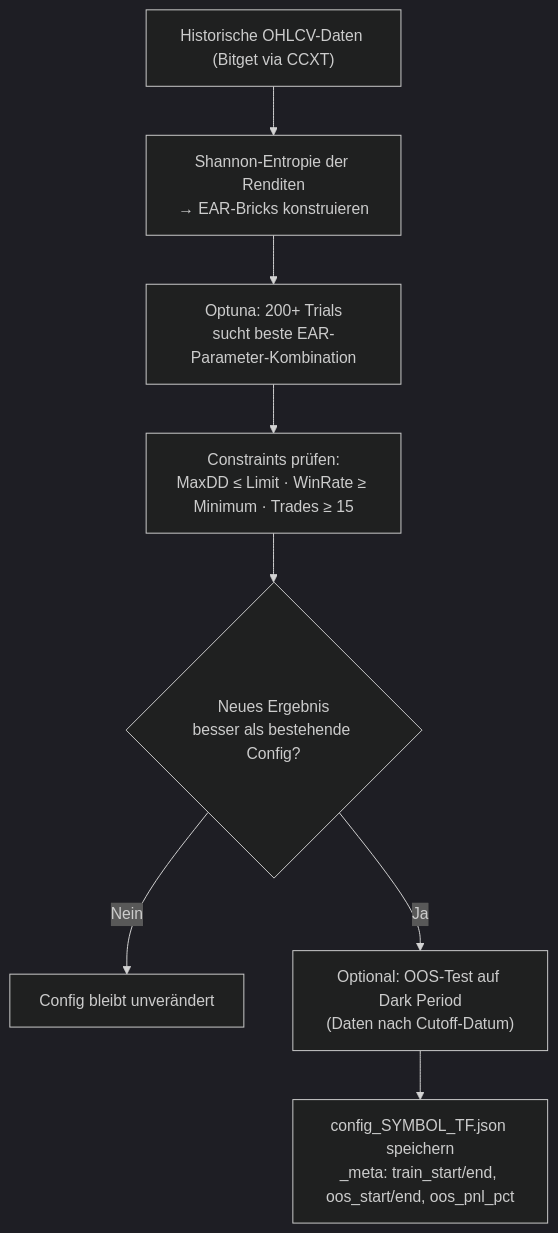
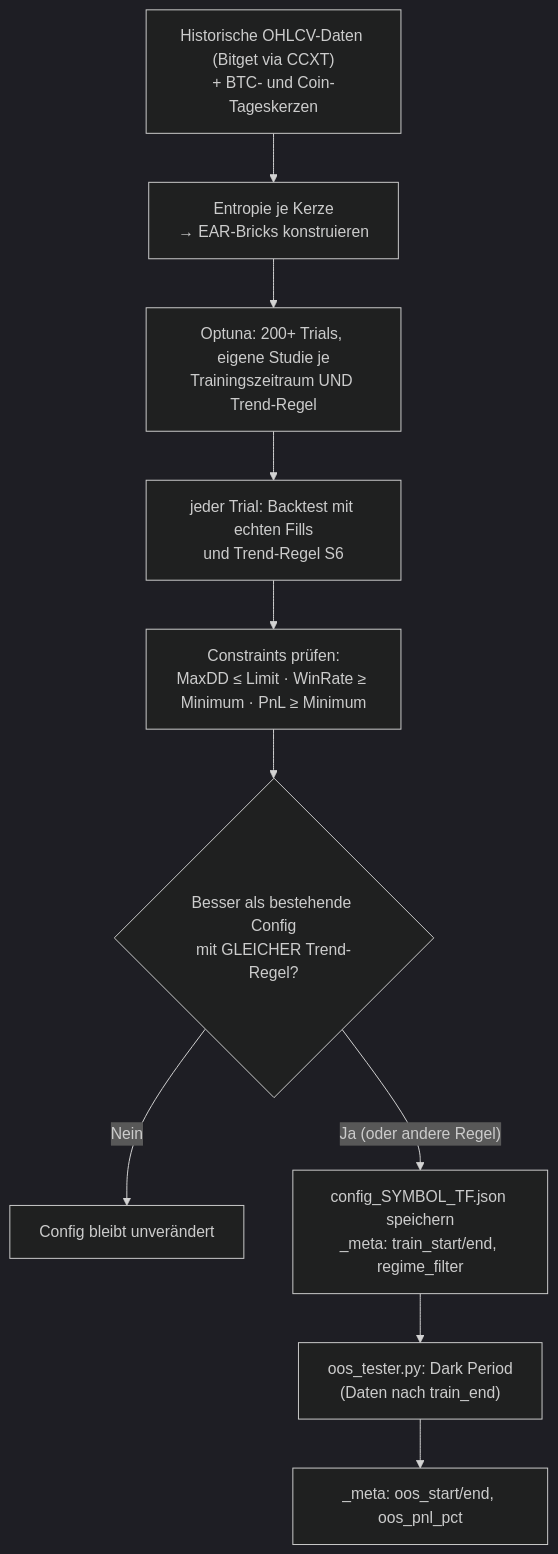
Before and after one commit to Youra82/zerobot: the fourth of 8 diagrams in README.md, drawn with Mermaid (dark theme). The commit also changed other lines of this file and 4 other files, not shown here.

First line of the commit message:
README komplett aktualisiert: Trend-Regel S6, echte Live-Logik, neue Grafiken

````diff
--- a/README.md
+++ b/README.md
@@ -220,10 +284,12 @@
 ```mermaid
 flowchart TD
-    A["Historische OHLCV-Daten (Bitget via CCXT)"] --> B["Shannon-Entropie der Renditen<br/>→ EAR-Bricks konstruieren"]
-    B --> C["Optuna: 200+ Trials<br/>sucht beste EAR-Parameter-Kombination"]
-    C --> D["Constraints prüfen:<br/>MaxDD ≤ Limit · WinRate ≥ Minimum · Trades ≥ 15"]
-    D --> E{"Neues Ergebnis<br/>besser als bestehende Config?"}
+    A["Historische OHLCV-Daten (Bitget via CCXT)<br/>+ BTC- und Coin-Tageskerzen"] --> B["Entropie je Kerze<br/>→ EAR-Bricks konstruieren"]
+    B --> C["Optuna: 200+ Trials, eigene Studie je<br/>Trainingszeitraum UND Trend-Regel"]
+    C --> R["jeder Trial: Backtest mit echten Fills<br/>und Trend-Regel S6"]
+    R --> D["Constraints prüfen:<br/>MaxDD ≤ Limit · WinRate ≥ Minimum · PnL ≥ Minimum"]
+    D --> E{"Besser als bestehende Config<br/>mit GLEICHER Trend-Regel?"}
     E -- Nein --> F["Config bleibt unverändert"]
-    E -- Ja --> G["Optional: OOS-Test auf Dark Period<br/>(Daten nach Cutoff-Datum)"]
-    G --> H["config_SYMBOL_TF.json speichern<br/>_meta: train_start/end, oos_start/end, oos_pnl_pct"]
+    E -- "Ja (oder andere Regel)" --> H["config_SYMBOL_TF.json speichern<br/>_meta: train_start/end, regime_filter"]
+    H --> G["oos_tester.py: Dark Period<br/>(Daten nach train_end)"]
+    G --> I["_meta: oos_start/end, oos_pnl_pct"]
 ```
````
